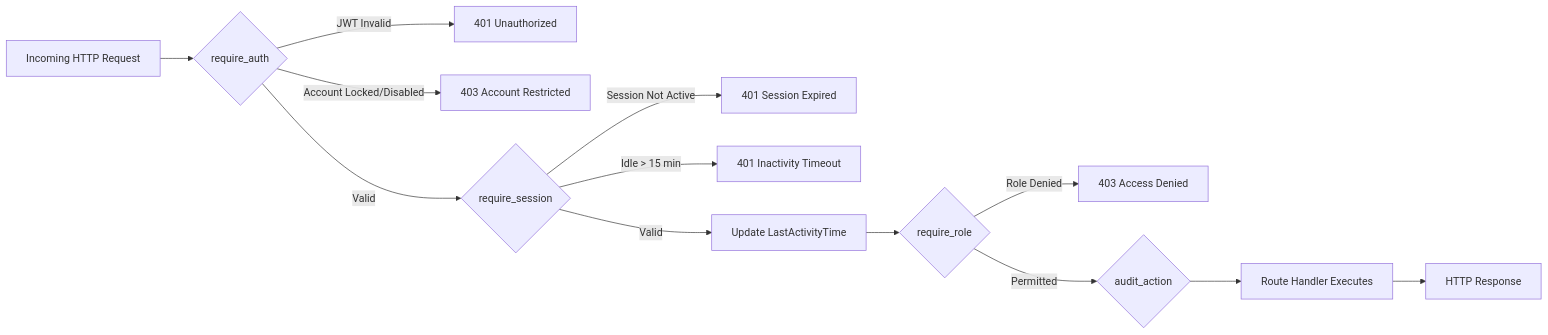
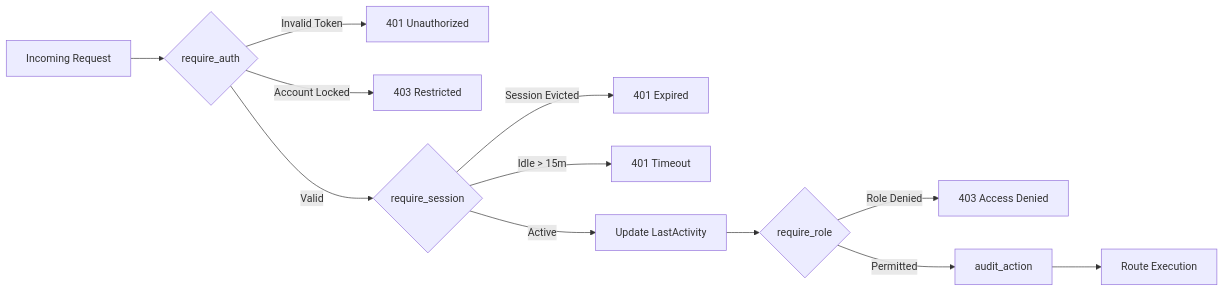
Before and after one commit to Abhirupmandal/Sentinel-KSP: the third of 4 diagrams in README.md, drawn with Mermaid. The commit also changed other lines of this file and 1 other file, not shown here.

Commit message:
docs: overhaul HLD and README architecture diagrams to match enterprise reference style

````diff
--- a/README.md
+++ b/README.md
@@ -612,15 +198,14 @@
 ```mermaid
 flowchart LR
-    A[Incoming HTTP Request] --> B{require_auth}
-    B -->|JWT Invalid| X1[401 Unauthorized]
-    B -->|Account Locked/Disabled| X2[403 Account Restricted]
+    A[Incoming Request] --> B{require_auth}
+    B -->|Invalid Token| X1[401 Unauthorized]
+    B -->|Account Locked| X2[403 Restricted]
     B -->|Valid| C{require_session}
-    C -->|Session Not Active| X3[401 Session Expired]
-    C -->|Idle > 15 min| X4[401 Inactivity Timeout]
-    C -->|Valid| D[Update LastActivityTime]
+    C -->|Session Evicted| X3[401 Expired]
+    C -->|Idle > 15m| X4[401 Timeout]
+    C -->|Active| D[Update LastActivity]
     D --> E{require_role}
     E -->|Role Denied| X5[403 Access Denied]
-    E -->|Permitted| F{audit_action}
-    F --> G[Route Handler Executes]
-    G --> H[HTTP Response]
+    E -->|Permitted| F[audit_action]
+    F --> G[Route Execution]
 ```
````
